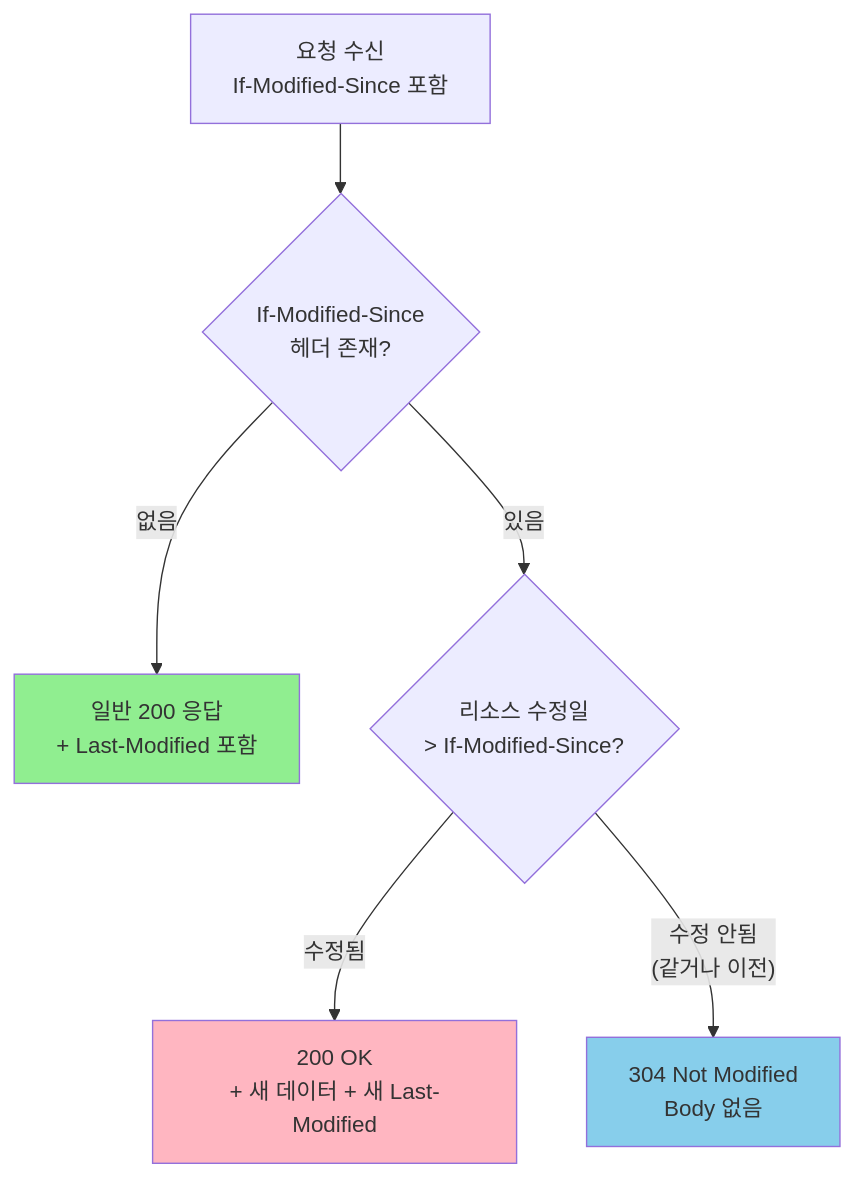
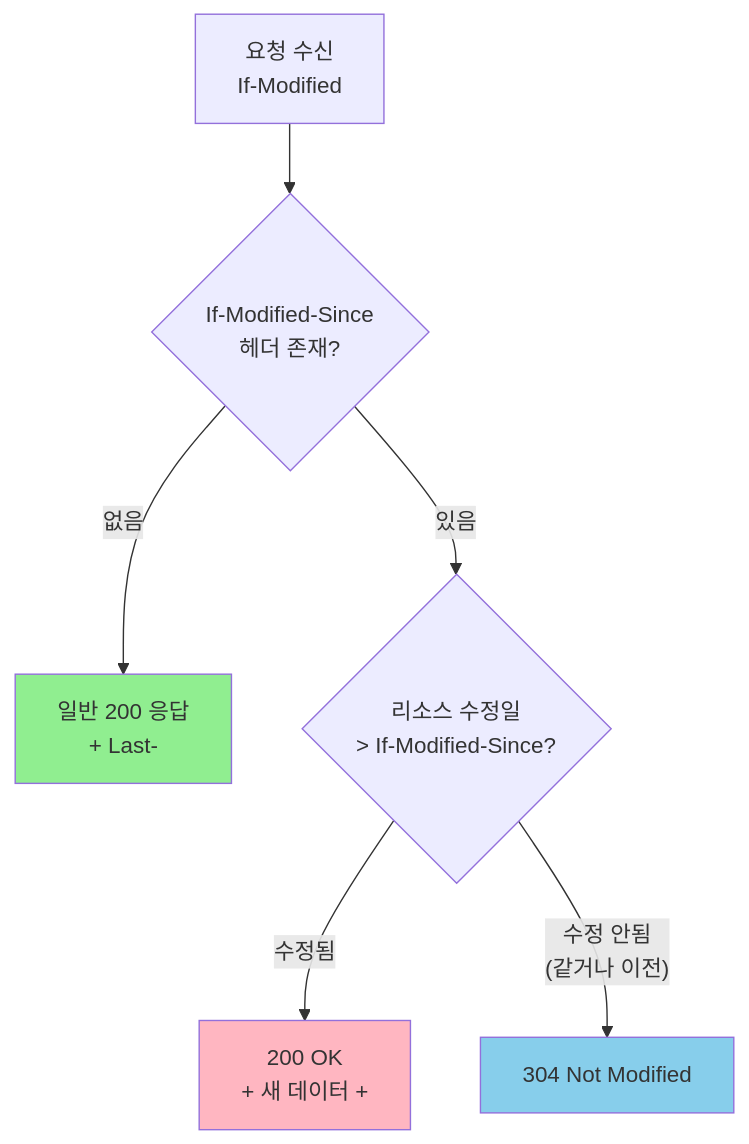
Before and after one commit to yjkim2015/yjkim2015.github.io: the fourth of 5 diagrams in _posts/http/2021-02-18-http-9.md, drawn with Mermaid. The commit also changed 271 other files, not shown here.

First line of the commit message:
Mermaid 라벨 축소: 긴 노드 텍스트 18자 이하로 트림 + \n 제거

````diff
--- a/_posts/http/2021-02-18-http-9.md
+++ b/_posts/http/2021-02-18-http-9.md
@@ -132,11 +132,11 @@
 ```mermaid
 graph TD
-    A["요청 수신\nIf-Modified-Since 포함"] --> B{"If-Modified-Since\n헤더 존재?"}
-    B -- "없음" --> C["일반 200 응답\n+ Last-Modified 포함"]
+    A["요청 수신\nIf-Modified"] --> B{"If-Modified-Since\n헤더 존재?"}
+    B -- "없음" --> C["일반 200 응답\n+ Last-"]
     B -- "있음" --> D{"리소스 수정일\n> If-Modified-Since?"}
-    D -- "수정됨" --> E["200 OK\n+ 새 데이터 + 새 Last-Modified"]
-    D -- "수정 안됨\n(같거나 이전)" --> F["304 Not Modified\nBody 없음"]
+    D -- "수정됨" --> E["200 OK\n+ 새 데이터 +"]
+    D -- "수정 안됨\n(같거나 이전)" --> F["304 Not Modified\n"]
     style F fill:#87CEEB
     style E fill:#FFB6C1
     style C fill:#90EE90
 ```
````
